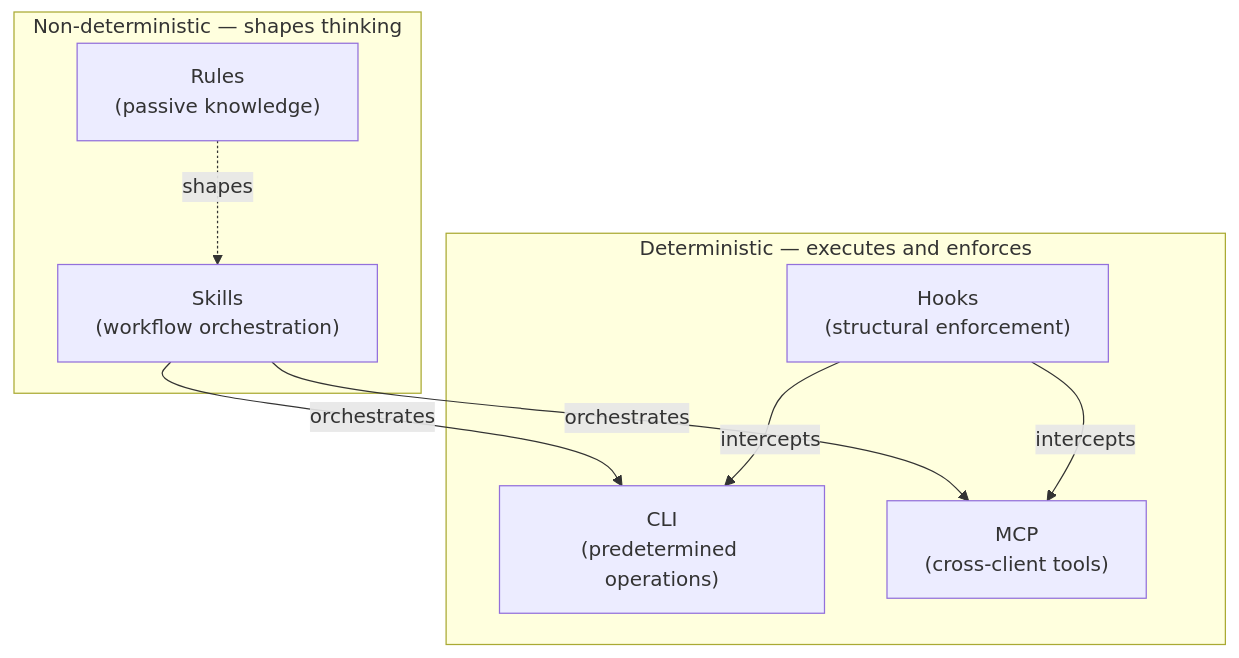
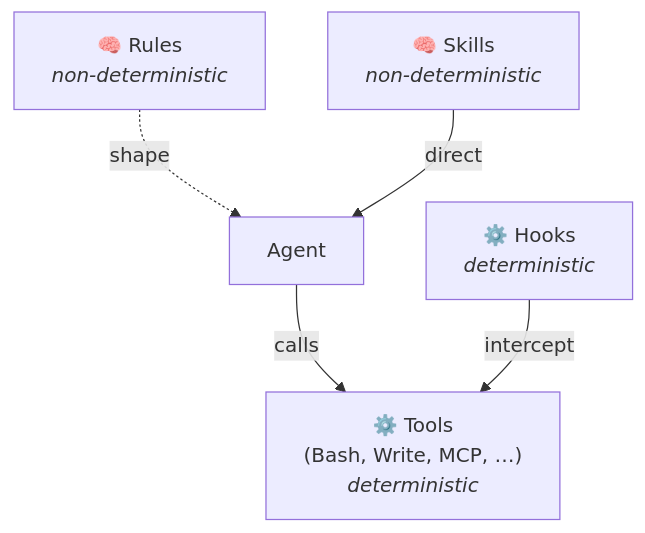
One commit to j0a0m4/joaolopes.dev.br changed the fourth of 4 diagrams in posts/Building Your AI Toolkit — CLI, MCP, Skills and What Goes Where.md. Above: the diagram before and after it, drawn with Mermaid.

Commit message:
Update intelligence-determinism diagram
Agent at center, hooks intercept tools (not CLI/MCP), inline
non-deterministic/deterministic labels with emoji markers.

````diff
--- a/posts/Building Your AI Toolkit — CLI, MCP, Skills and What Goes Where.md
+++ b/posts/Building Your AI Toolkit — CLI, MCP, Skills and What Goes Where.md
@@ -228,19 +228,7 @@
 ```mermaid
-graph TD
-  subgraph "Non-deterministic — shapes thinking"
-    Rules["Rules<br/>(passive knowledge)"]
-    Skills["Skills<br/>(workflow orchestration)"]
-  end
-
-  subgraph "Deterministic — executes and enforces"
-    CLI["CLI<br/>(predetermined operations)"]
-    MCP["MCP<br/>(cross-client tools)"]
-    Hooks["Hooks<br/>(structural enforcement)"]
-  end
-
-  Skills -->|orchestrates| CLI
-  Skills -->|orchestrates| MCP
-  Rules -.->|shapes| Skills
-  Hooks -->|intercepts| CLI
-  Hooks -->|intercepts| MCP
+graph TB
+  Rules["🧠 Rules<br/><i>non-deterministic</i>"] -.->|shape| Agent["Agent"]
+  Skills["🧠 Skills<br/><i>non-deterministic</i>"] -->|direct| Agent
+  Agent -->|calls| Tools["⚙️ Tools<br/>(Bash, Write, MCP, …)<br/><i>deterministic</i>"]
+  Hooks["⚙️ Hooks<br/><i>deterministic</i>"] -->|intercept| Tools
 ```
````
